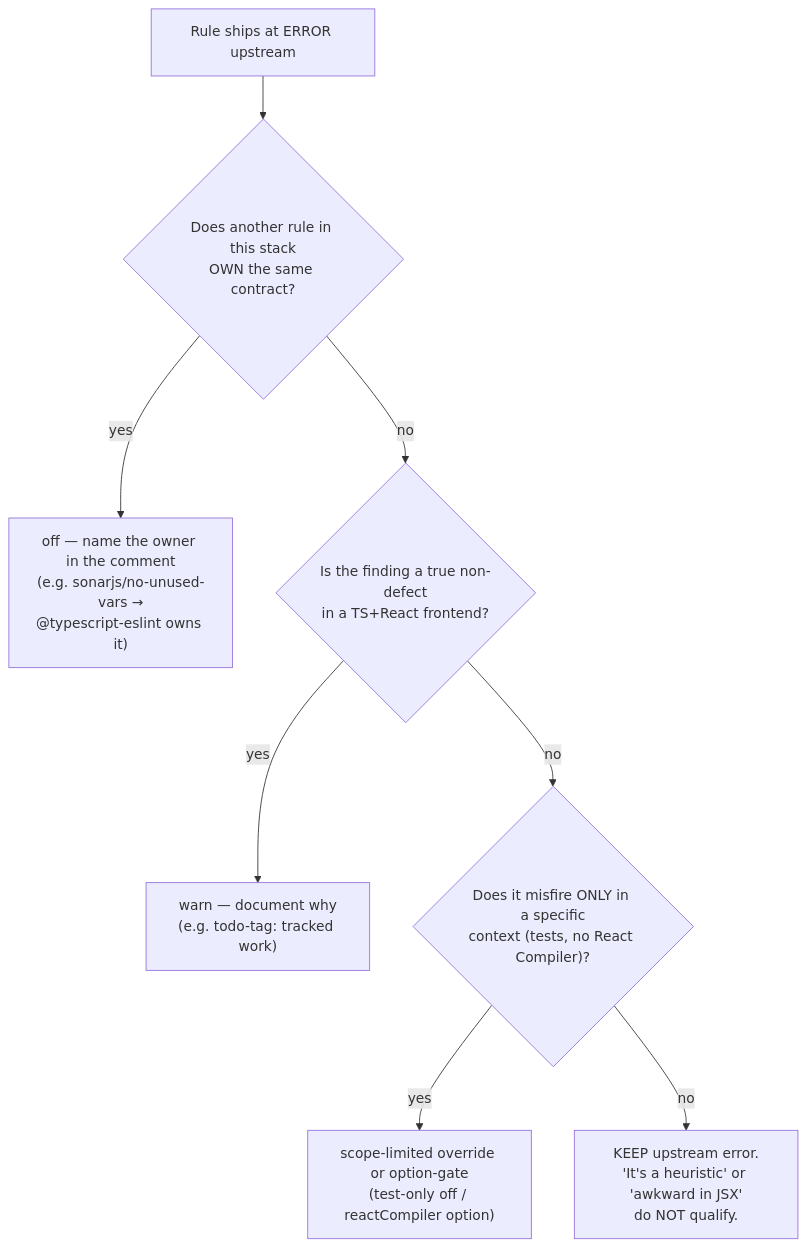
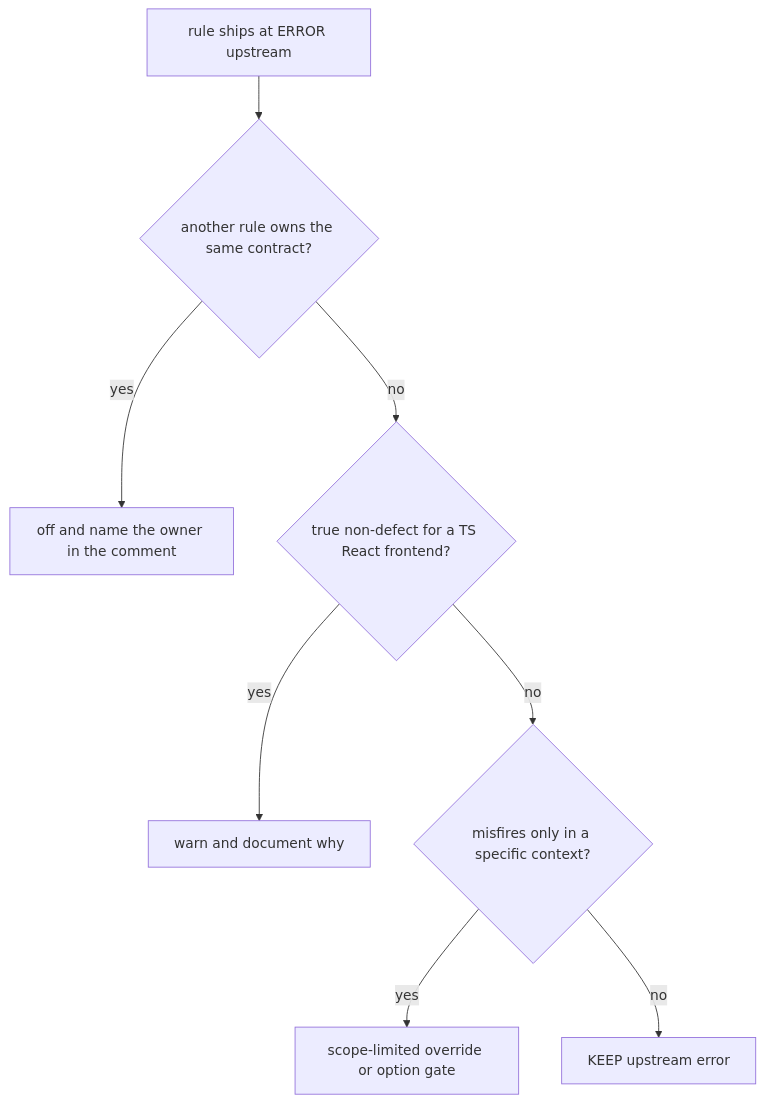
The first of 2 diagrams in docs/severity-policy.md (Disble/dlinter-ts-react), drawn with Mermaid before and after one commit. The commit also changed other lines of this file and 2 other files, not shown here.

Commit message:
docs: use conservative mermaid syntax so diagrams render
The original diagrams used HTML italics, unicode arrows and em-dashes,
apostrophes, ampersand fan-in edges, glob patterns in edge labels, and
style directives — combinations that break stricter mermaid renderers.
All eight diagrams now use plain quoted ASCII labels; detail stripped
from labels (glob assignments, override examples) moved to prose
directly below each diagram, so no information was lost.

````diff
--- a/docs/severity-policy.md
+++ b/docs/severity-policy.md
@@ -13,10 +13,10 @@
 ```mermaid
 flowchart TD
-    S["Rule ships at ERROR upstream"] --> Q1{"Does another rule in this stack<br/>OWN the same contract?"}
-    Q1 -->|yes| OFF["off — name the owner in the comment<br/>(e.g. sonarjs/no-unused-vars →<br/>@typescript-eslint owns it)"]
-    Q1 -->|no| Q2{"Is the finding a true non-defect<br/>in a TS+React frontend?"}
-    Q2 -->|yes| WARN["warn — document why<br/>(e.g. todo-tag: tracked work)"]
-    Q2 -->|no| Q3{"Does it misfire ONLY in a specific<br/>context (tests, no React Compiler)?"}
-    Q3 -->|yes| SCOPE["scope-limited override or option-gate<br/>(test-only off / reactCompiler option)"]
-    Q3 -->|no| KEEP["KEEP upstream error.<br/>'It's a heuristic' or 'awkward in JSX'<br/>do NOT qualify."]
+    S["rule ships at ERROR upstream"] --> Q1{"another rule owns the same contract?"}
+    Q1 -->|yes| OFF["off and name the owner in the comment"]
+    Q1 -->|no| Q2{"true non-defect for a TS React frontend?"}
+    Q2 -->|yes| WARN["warn and document why"]
+    Q2 -->|no| Q3{"misfires only in a specific context?"}
+    Q3 -->|yes| SCOPE["scope-limited override or option gate"]
+    Q3 -->|no| KEEP["KEEP upstream error"]
 ```
````
